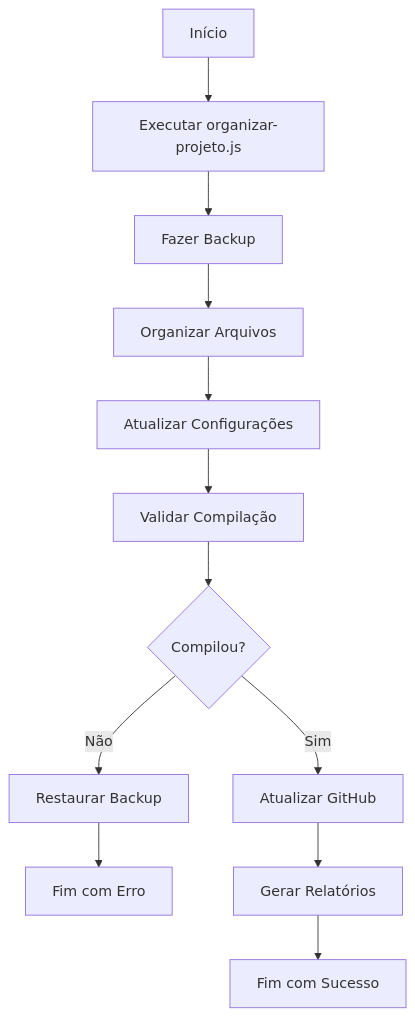
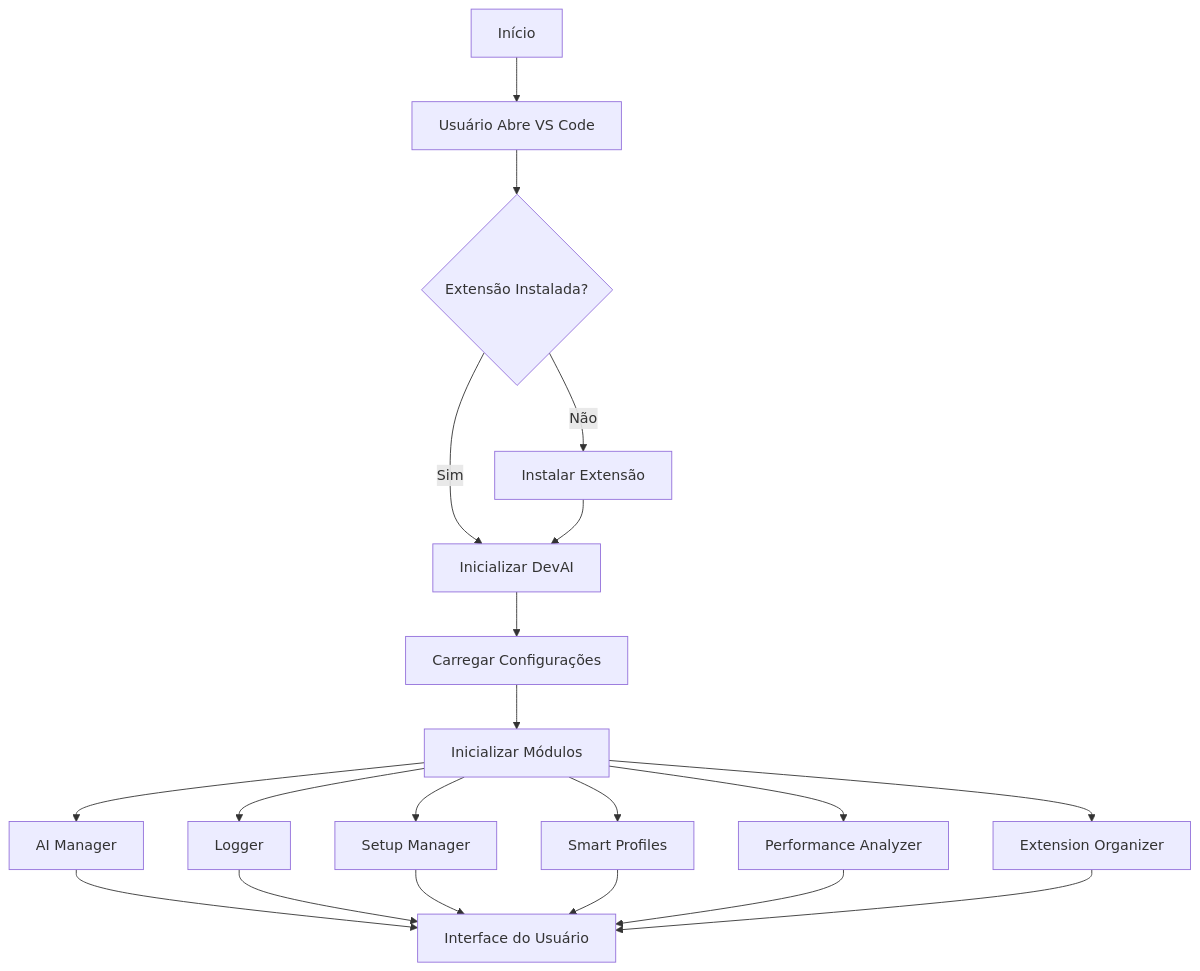
One commit to JoaoSantosCodes/start-devai changed the first of 7 diagrams in docs/FLUXOGRAMA.md. Above: the diagram before and after it, drawn with Mermaid. The commit also changed other lines of this file and 2 other files, not shown here.

````diff
--- a/docs/FLUXOGRAMA.md
+++ b/docs/FLUXOGRAMA.md
@@ -5,14 +5,25 @@
 ```mermaid
 graph TD
-    A[Início] --> B[Executar organizar-projeto.js]
-    B --> C[Fazer Backup]
-    C --> D[Organizar Arquivos]
-    D --> E[Atualizar Configurações]
-    E --> F[Validar Compilação]
-    F --> G{Compilou?}
-    G -->|Sim| H[Atualizar GitHub]
-    G -->|Não| I[Restaurar Backup]
-    I --> J[Fim com Erro]
-    H --> K[Gerar Relatórios]
-    K --> L[Fim com Sucesso]
+    A[Início] --> B[Usuário Abre VS Code]
+    B --> C{Extensão Instalada?}
+    C -->|Não| D[Instalar Extensão]
+    C -->|Sim| E[Inicializar DevAI]
+    D --> E
+
+    E --> F[Carregar Configurações]
+    F --> G[Inicializar Módulos]
+
+    G --> H[AI Manager]
+    G --> I[Logger]
+    G --> J[Setup Manager]
+    G --> K[Smart Profiles]
+    G --> L[Performance Analyzer]
+    G --> M[Extension Organizer]
+
+    H --> N[Interface do Usuário]
+    I --> N
+    J --> N
+    K --> N
+    L --> N
+    M --> N
 ```
````
